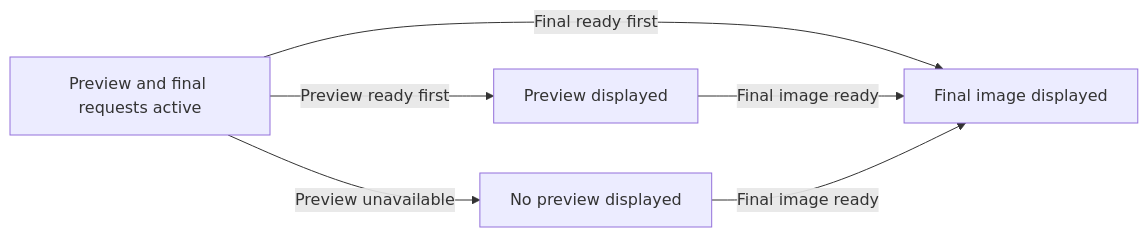
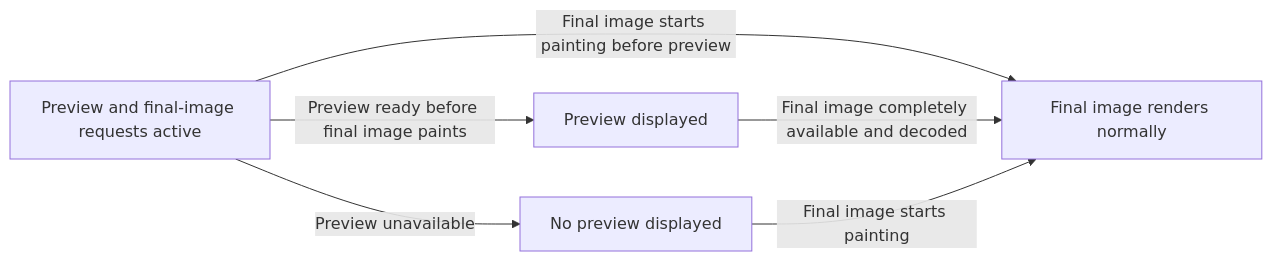
The diagram in ImagePreview/explainer.md (MicrosoftEdge/MSEdgeExplainers), drawn with Mermaid before and after one commit. The commit also changed other lines of this file, not shown here.

````diff
--- a/ImagePreview/explainer.md
+++ b/ImagePreview/explainer.md
@@ -214,8 +214,8 @@
 ```mermaid
 flowchart LR
-  A[Preview and final requests active] -->|Preview ready first| D[Preview displayed]
-  A -->|Final ready first| F[Final image displayed]
-  D -->|Final image ready| F
-  A -->|Preview unavailable| G[No preview displayed]
-  G -->|Final image ready| F
+  A[Preview and final-image requests active] -->|Final image starts painting before preview| F[Final image renders normally]
+  A -->|Preview ready before final image paints| P[Preview displayed]
+  P -->|Final image completely available and decoded| F
+  A -->|Preview unavailable| N[No preview displayed]
+  N -->|Final image starts painting| F
 ```
````
